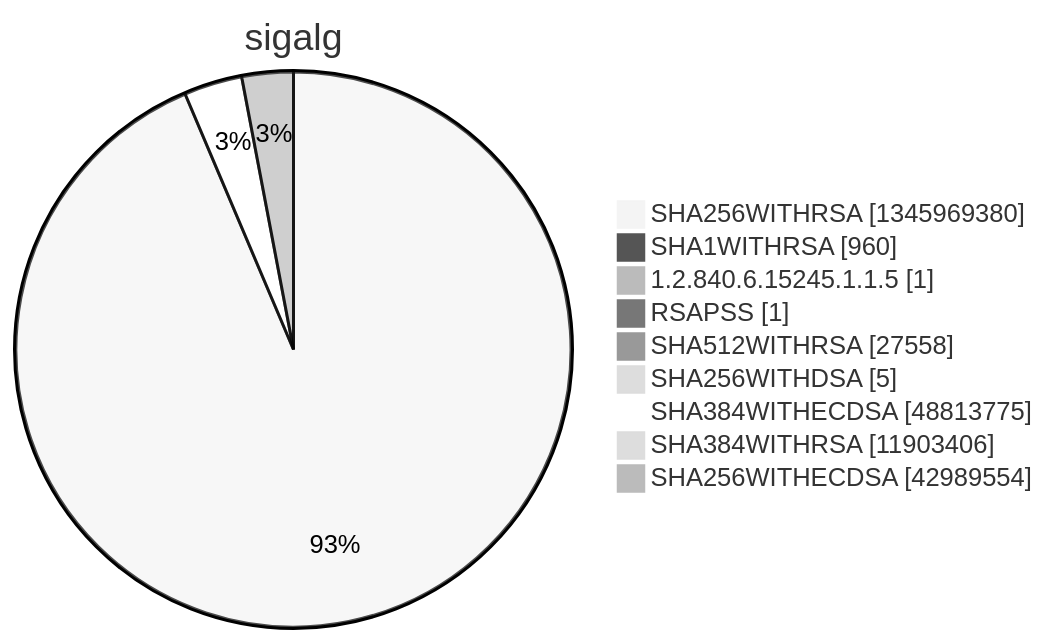
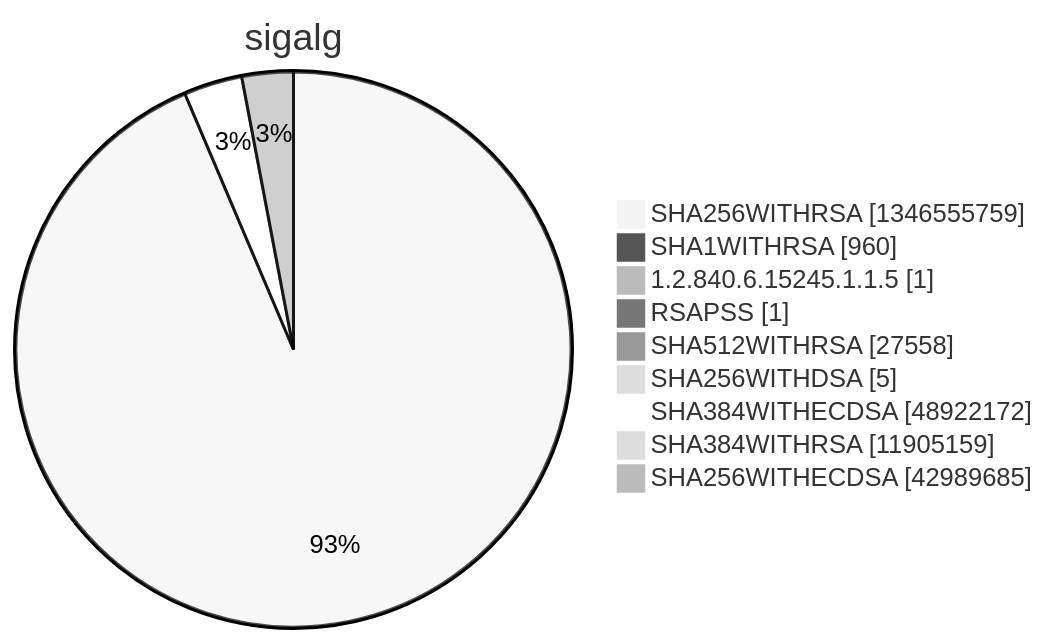
One commit to christiankrug/ctmonitor_visualization changed diagram 15 of 15 in argon2022/README.md. Above: the diagram before and after it, drawn with Mermaid (neutral theme). The commit also changed other lines of this file, not shown here.

````diff
--- a/argon2022/README.md
+++ b/argon2022/README.md
@@ -5524,13 +5524,13 @@
 ```mermaid
 pie showData
 title sigalg
-"SHA256WITHRSA" :1345969380
+"SHA256WITHRSA" :1346555759
 "SHA1WITHRSA" :960
 "1.2.840.6.15245.1.1.5" :1
 "RSAPSS" :1
 "SHA512WITHRSA" :27558
 "SHA256WITHDSA" :5
-"SHA384WITHECDSA" :48813775
-"SHA384WITHRSA" :11903406
-"SHA256WITHECDSA" :42989554
+"SHA384WITHECDSA" :48922172
+"SHA384WITHRSA" :11905159
+"SHA256WITHECDSA" :42989685
 ```
````
